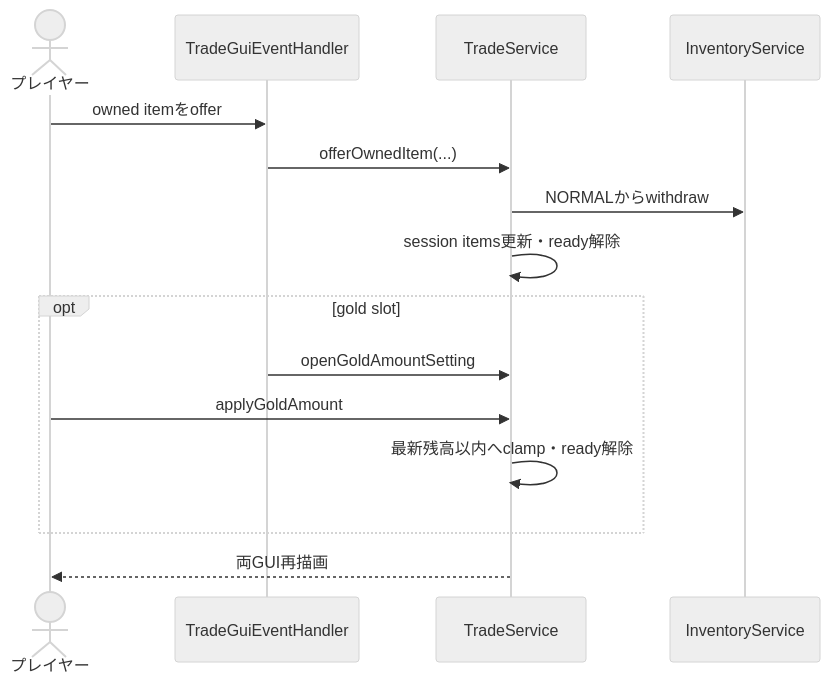
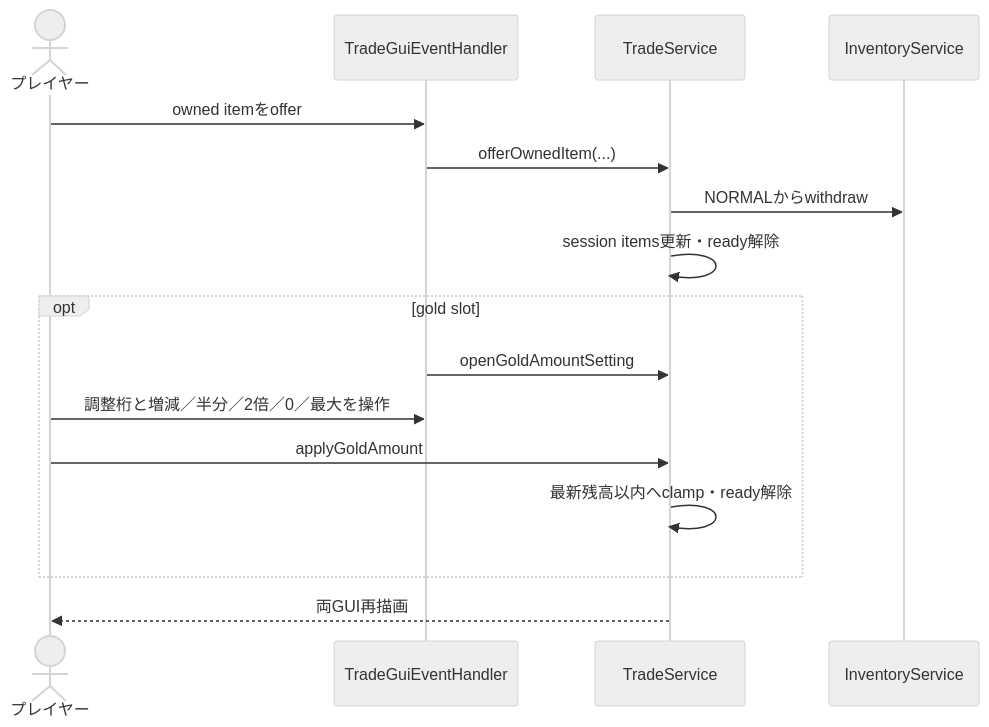
The second of 4 diagrams in 00_docs/10_Plugin設計書/feature/22-trade/22_4-統合フロー.md (maaasu/AstralRecord-Workspace), drawn with Mermaid (neutral theme) before and after one commit. The commit also changed other lines of this file and 19 other files, not shown here.

````diff
--- a/00_docs/10_Plugin設計書/feature/22-trade/22_4-統合フロー.md
+++ b/00_docs/10_Plugin設計書/feature/22-trade/22_4-統合フロー.md
@@ -36,17 +36,18 @@
 ```mermaid
 sequenceDiagram
     actor Player as プレイヤー
     participant GUI as TradeGuiEventHandler
     participant Trade as TradeService
     participant Inventory as InventoryService
     Player->>GUI: owned itemをoffer
     GUI->>Trade: offerOwnedItem(...)
     Trade->>Inventory: NORMALからwithdraw
     Trade->>Trade: session items更新・ready解除
     opt gold slot
         GUI->>Trade: openGoldAmountSetting
+        Player->>GUI: 調整桁と増減／半分／2倍／0／最大を操作
         Player->>Trade: applyGoldAmount
         Trade->>Trade: 最新残高以内へclamp・ready解除
     end
     Trade-->>Player: 両GUI再描画
 ```
````
